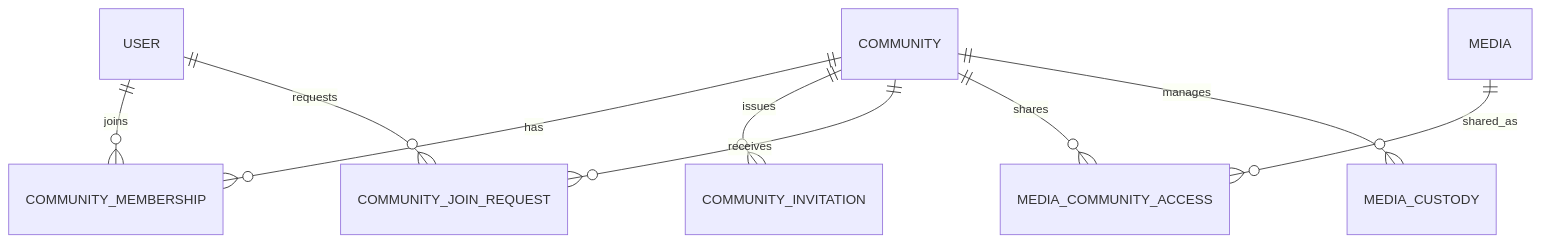
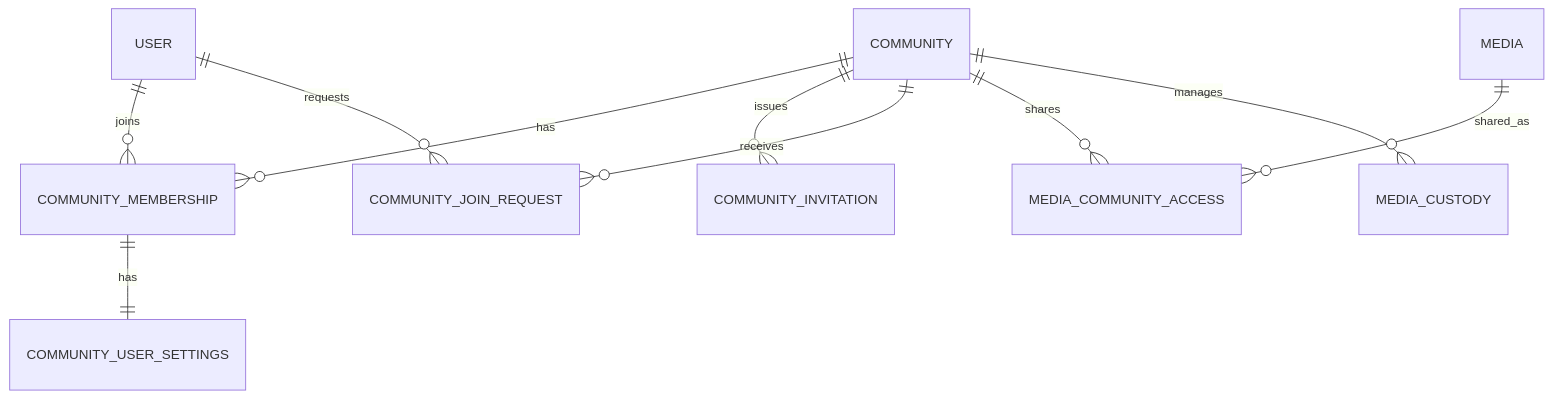
One commit to hazuki3417/memoria-design changed the diagram in content/community/data-model.mdx. Above: the diagram before and after it, drawn with Mermaid. The commit also changed other lines of this file, not shown here.

Commit message:
design: remodel community settings ownership

````diff
--- a/content/community/data-model.mdx
+++ b/content/community/data-model.mdx
@@ -11,11 +11,12 @@
 ```mermaid
 erDiagram
   COMMUNITY ||--o{ COMMUNITY_MEMBERSHIP : has
   USER ||--o{ COMMUNITY_MEMBERSHIP : joins
+  COMMUNITY_MEMBERSHIP ||--|| COMMUNITY_USER_SETTINGS : has
   COMMUNITY ||--o{ COMMUNITY_INVITATION : issues
   COMMUNITY ||--o{ COMMUNITY_JOIN_REQUEST : receives
   USER ||--o{ COMMUNITY_JOIN_REQUEST : requests
   COMMUNITY ||--o{ MEDIA_COMMUNITY_ACCESS : shares
   MEDIA ||--o{ MEDIA_COMMUNITY_ACCESS : shared_as
   COMMUNITY ||--o{ MEDIA_CUSTODY : manages
 ```
````
